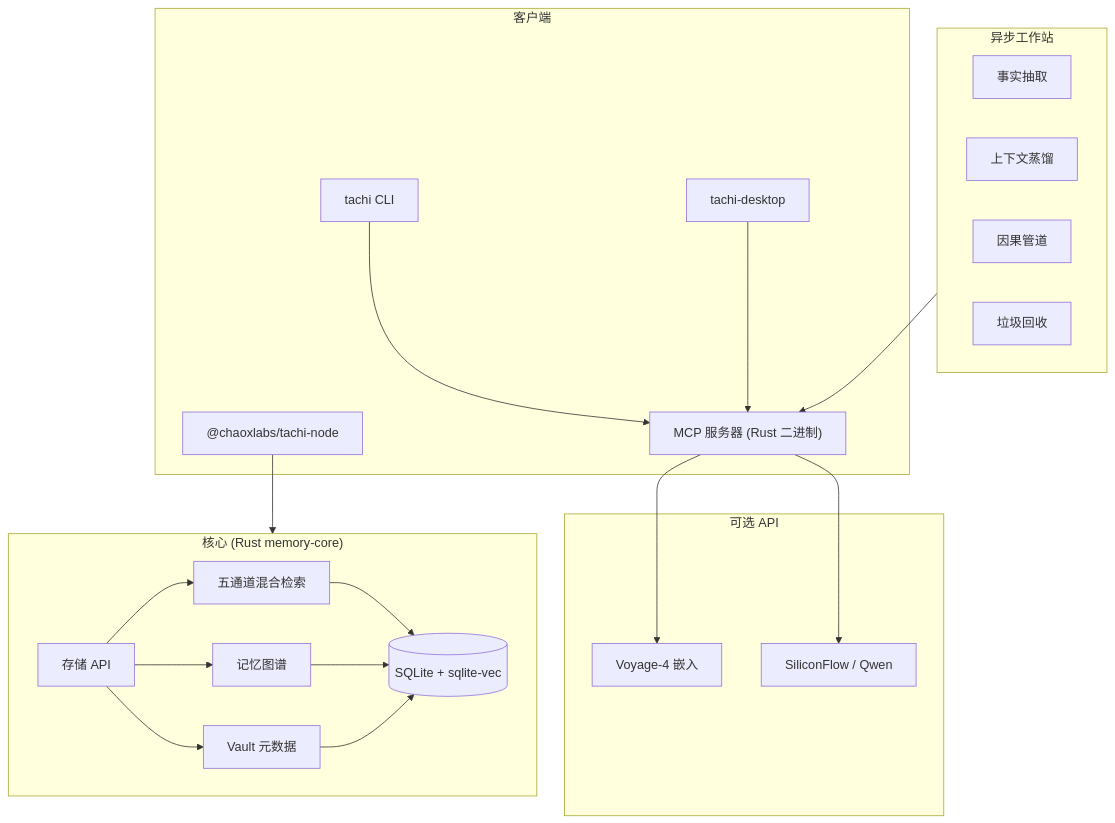
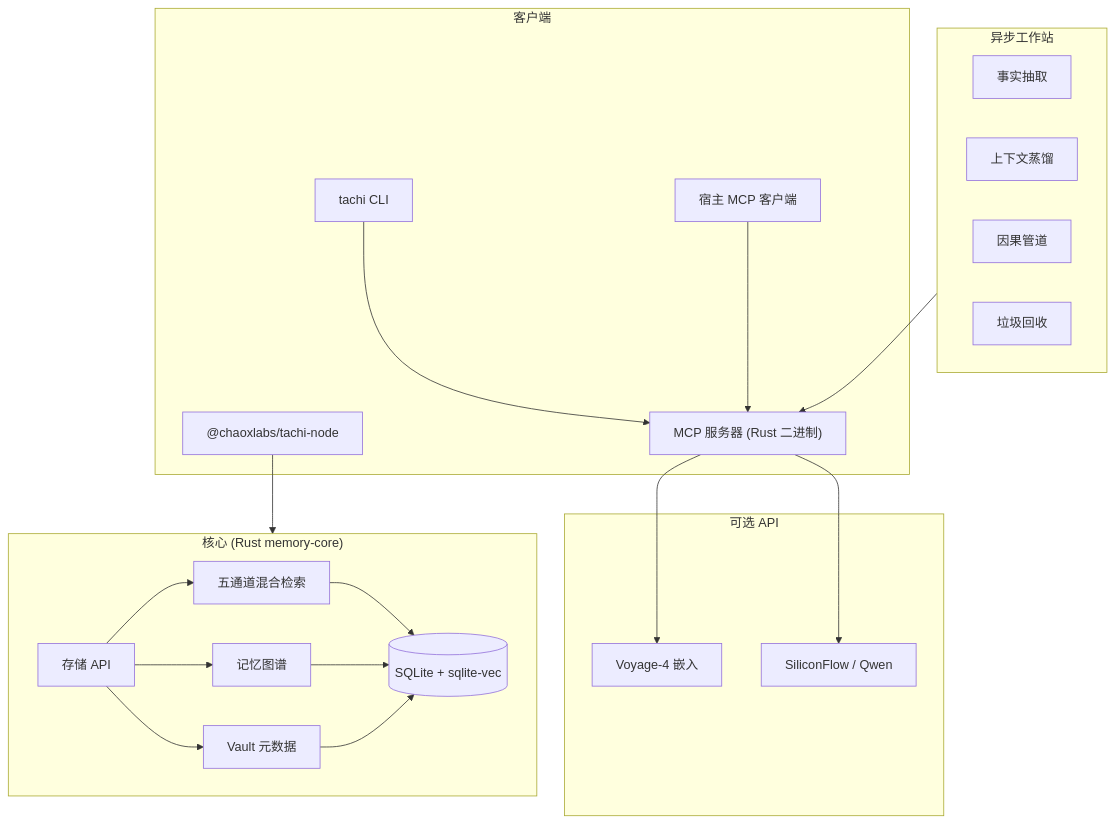
One commit to kckylechen1/Tachi changed the diagram in README.zh-CN.md. Above: the diagram before and after it, drawn with Mermaid. The commit also changed other lines of this file and 67 other files, not shown here.

````diff
--- a/README.zh-CN.md
+++ b/README.zh-CN.md
@@ -172,43 +172,43 @@
 ```mermaid
 graph TD
     subgraph Clients["客户端"]
         CLI["tachi CLI"]
         RMCP["MCP 服务器 (Rust 二进制)"]
-        Desktop["tachi-desktop"]
         Node["@chaoxlabs/tachi-node"]
+        Hosts["宿主 MCP 客户端"]
     end
 
     subgraph Cloud["可选 API"]
         VOYAGE["Voyage-4 嵌入"]
         SILICON["SiliconFlow / Qwen"]
     end
 
     subgraph Workers["异步工作站"]
         EXTRACT["事实抽取"]
         DISTILL["上下文蒸馏"]
         CAUSAL["因果管道"]
         GC["垃圾回收"]
     end
 
     subgraph Core["核心 (Rust memory-core)"]
         API["存储 API"]
         SEARCH["五通道混合检索"]
         GRAPH["记忆图谱"]
         VAULT["Vault 元数据"]
         API --> SEARCH
         API --> GRAPH
         API --> VAULT
         SEARCH --> DB
         GRAPH --> DB
         VAULT --> DB
     end
 
     DB[(SQLite + sqlite-vec)]
 
     RMCP --> VOYAGE
     RMCP --> SILICON
     CLI --> RMCP
-    Desktop --> RMCP
+    Hosts --> RMCP
     Node --> Core
     Workers --> RMCP
 ```
````
